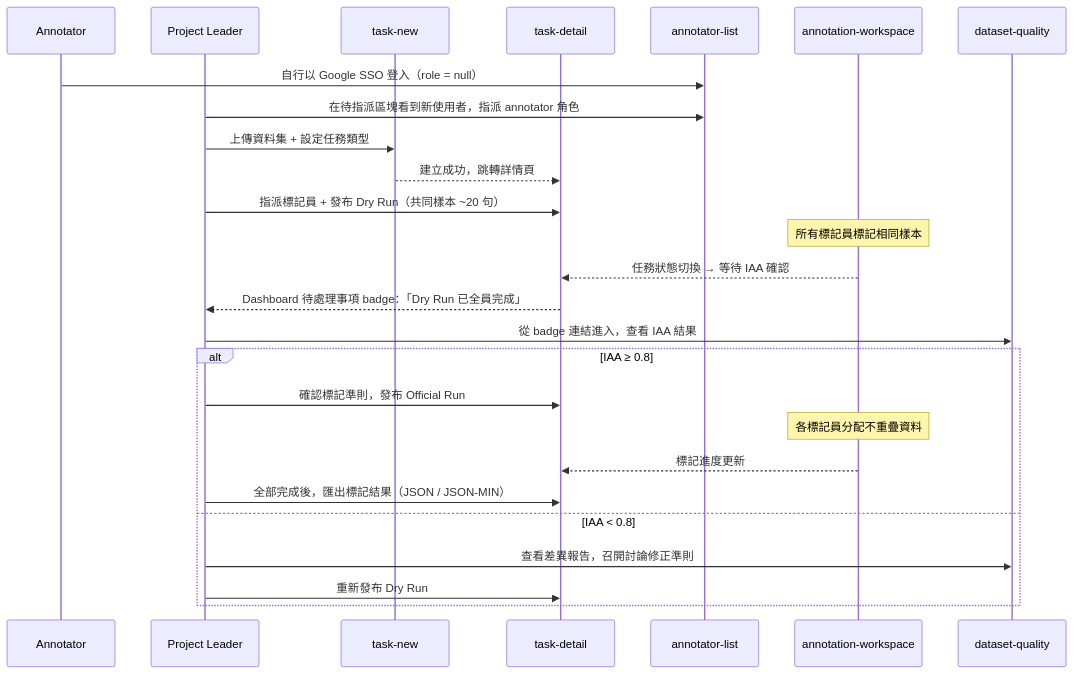
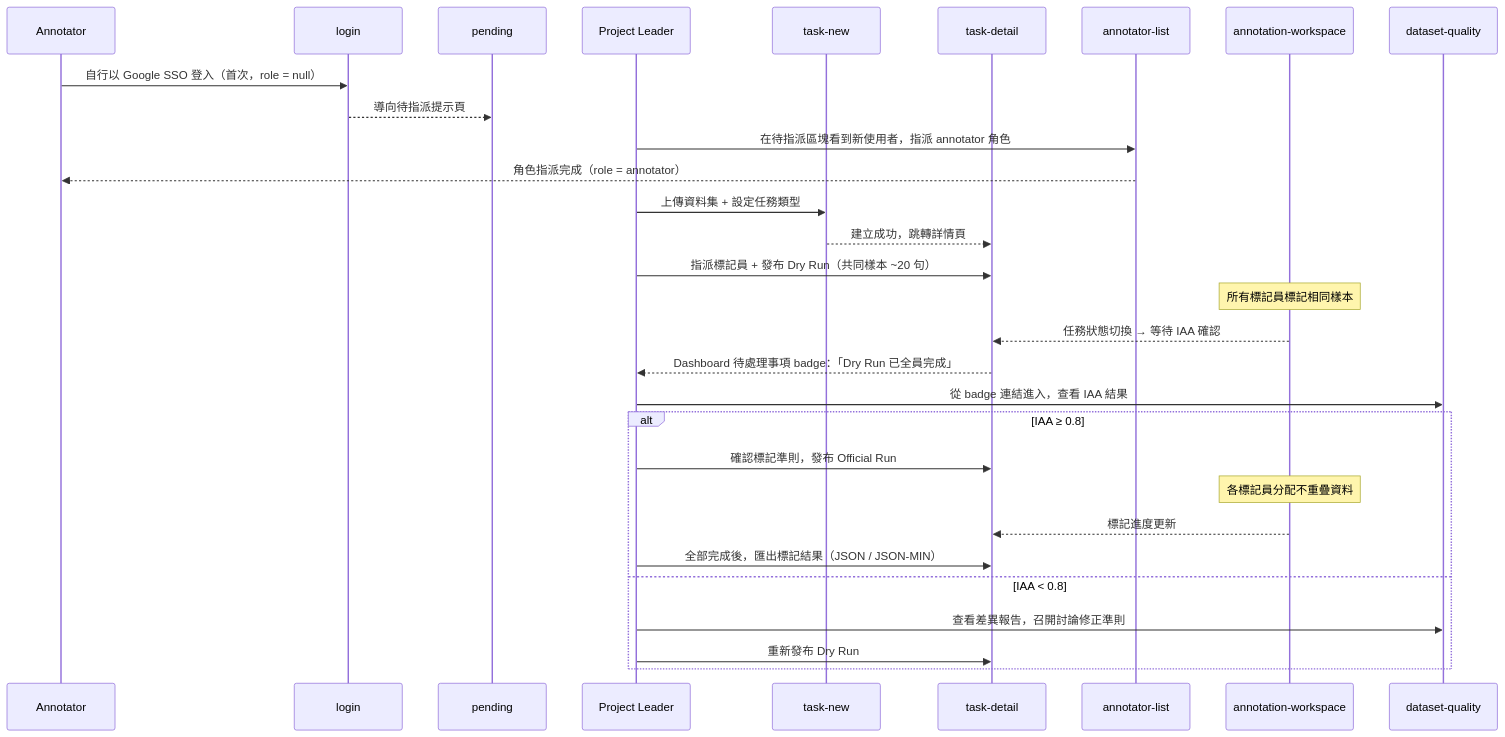
One commit to singyichen/label-suite changed the second of 5 diagrams in docs/ia/information-architecture.md. Above: the diagram before and after it, drawn with Mermaid. The commit also changed other lines of this file and 1 other file, not shown here.

Commit message:
fix: resolve simplify review findings — pending page and FR numbering
- Add /pending page to IA §2 page matrix and §3 navigation diagram
- Fix Journey A sequence: AN→login→pending (was: AN→annotator-list, wrong target)
- Add LOGIN and PENDING as explicit participants in Journey A sequenceDiagram
- Renumber FR-005b → FR-006, shift FR-006~FR-014 to FR-007~FR-015
- Fix Key Entities: role=null as default (was role=annotator), add null to role enum

````diff
--- a/docs/ia/information-architecture.md
+++ b/docs/ia/information-architecture.md
@@ -321,29 +325,33 @@
 ```mermaid
 sequenceDiagram
   participant AN as Annotator
+  participant LOGIN as login
+  participant PENDING as pending
   participant PL as Project Leader
   participant TN as task-new
   participant TD as task-detail
   participant AL as annotator-list
   participant AW as annotation-workspace
   participant DQ as dataset-quality
 
-  AN->>AL: 自行以 Google SSO 登入（role = null）
+  AN->>LOGIN: 自行以 Google SSO 登入（首次，role = null）
+  LOGIN-->>PENDING: 導向待指派提示頁
   PL->>AL: 在待指派區塊看到新使用者，指派 annotator 角色
+  AL-->>AN: 角色指派完成（role = annotator）
   PL->>TN: 上傳資料集 + 設定任務類型
   TN-->>TD: 建立成功，跳轉詳情頁
   PL->>TD: 指派標記員 + 發布 Dry Run（共同樣本 ~20 句）
   Note over AW: 所有標記員標記相同樣本
   AW-->>TD: 任務狀態切換 → 等待 IAA 確認
   TD-->>PL: Dashboard 待處理事項 badge：「Dry Run 已全員完成」
   PL->>DQ: 從 badge 連結進入，查看 IAA 結果
   alt IAA ≥ 0.8
     PL->>TD: 確認標記準則，發布 Official Run
     Note over AW: 各標記員分配不重疊資料
     AW-->>TD: 標記進度更新
     PL->>TD: 全部完成後，匯出標記結果（JSON / JSON-MIN）
   else IAA < 0.8
     PL->>DQ: 查看差異報告，召開討論修正準則
     PL->>TD: 重新發布 Dry Run
   end
 ```
````
